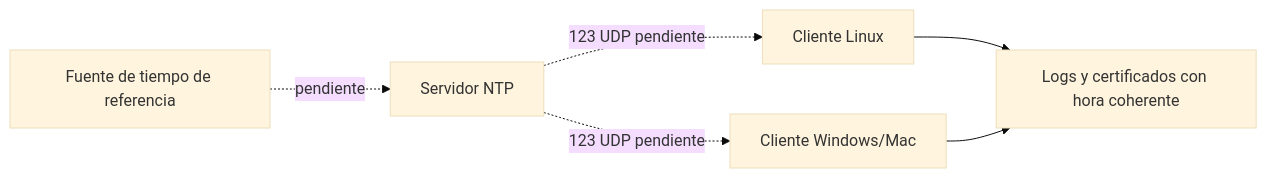
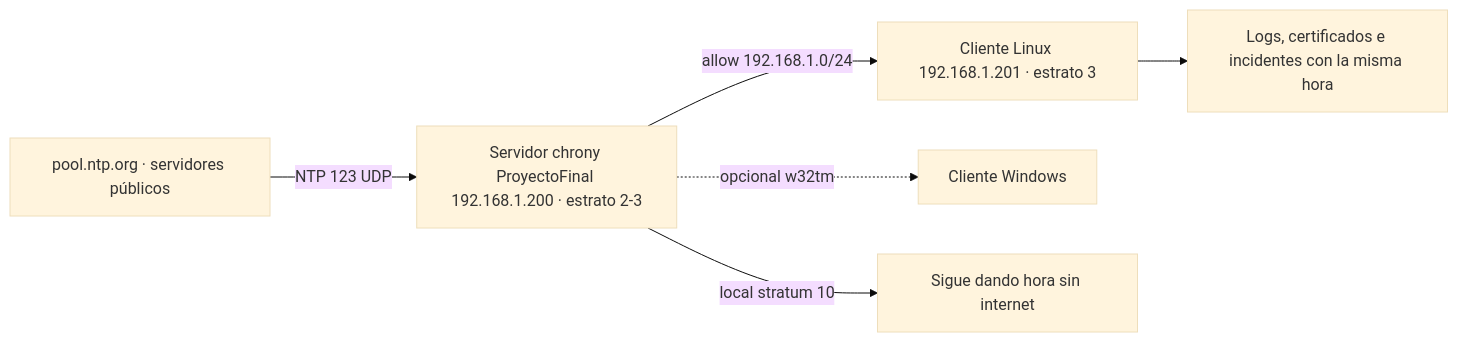
Before and after one commit to optitudes/sura_admin_ti: the diagram in codigo/Ntp/diagrama-ntp.md, drawn with Mermaid (base theme). The commit also changed other lines of this file and 22 other files, not shown here.

Commit message:
docs: completa la documentación según la guía del proyecto final.

````diff
--- a/codigo/Ntp/diagrama-ntp.md
+++ b/codigo/Ntp/diagrama-ntp.md
@@ -6,8 +6,8 @@
 ```mermaid
 graph LR
-    R[Fuente de tiempo de referencia] -.pendiente.-> S[Servidor NTP]
-    S -.123 UDP pendiente.-> C1[Cliente Linux]
-    S -.123 UDP pendiente.-> C2[Cliente Windows/Mac]
-    C1 --> L[Logs y certificados con hora coherente]
-    C2 --> L
+    P[pool.ntp.org · servidores públicos] -->|NTP 123 UDP| S[Servidor chrony ProyectoFinal 192.168.1.200 · estrato 2-3]
+    S -->|allow 192.168.1.0/24| C1[Cliente Linux 192.168.1.201 · estrato 3]
+    S -.opcional w32tm.-> C2[Cliente Windows]
+    S -->|local stratum 10| L[Sigue dando hora sin internet]
+    C1 --> R[Logs, certificados e incidentes con la misma hora]
 ```
````
